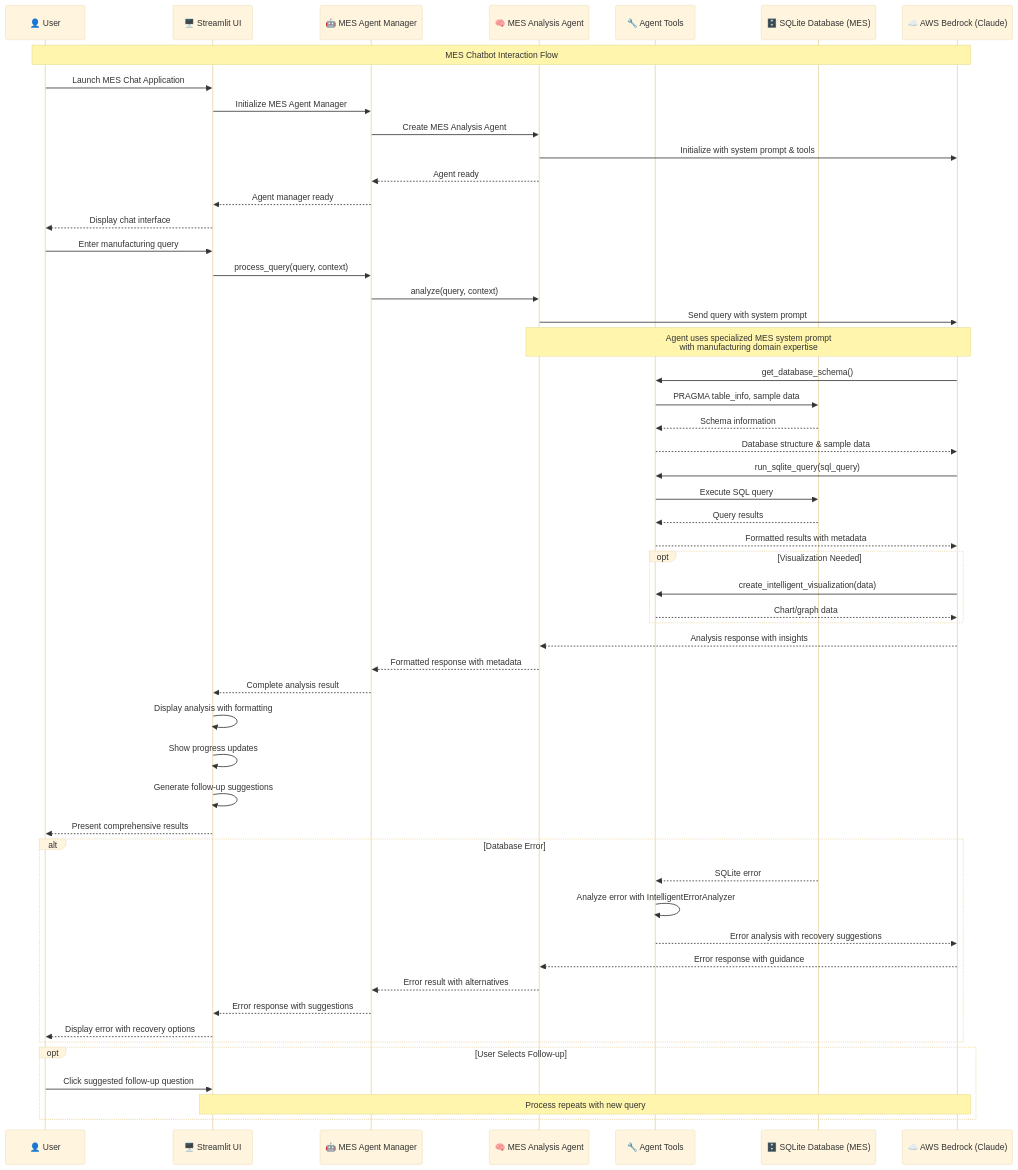
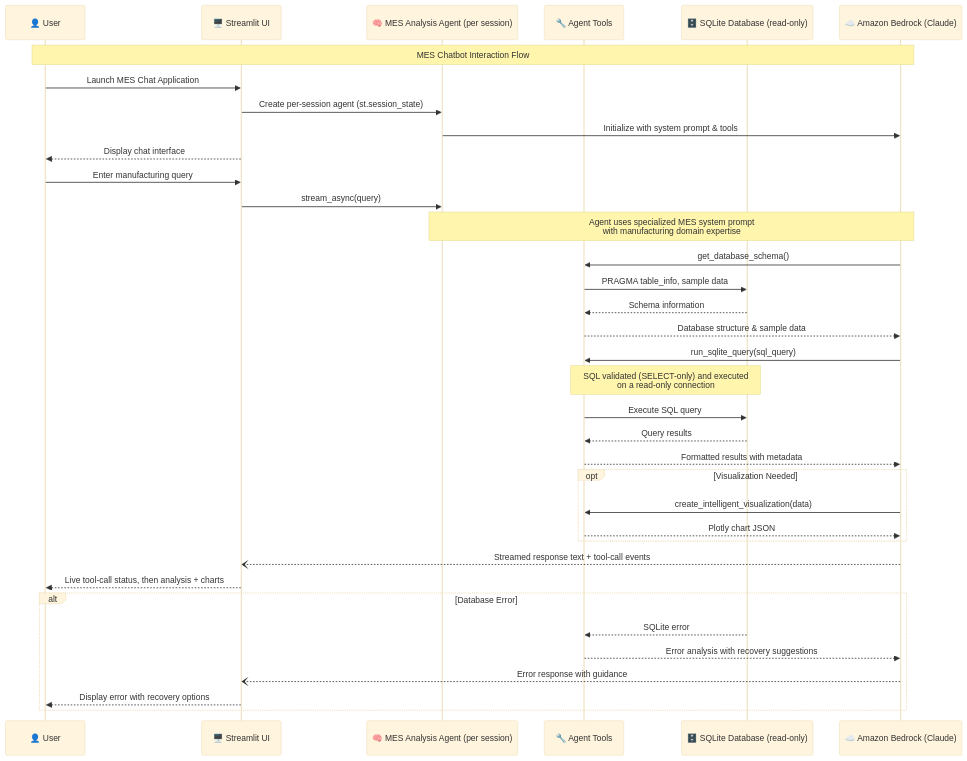
The diagram in README.md (aws-samples/industrial-data-store-simulation-chatbot), drawn with Mermaid (base theme) before and after one commit. The commit also changed other lines of this file and 4 other files, not shown here.

````diff
--- a/README.md
+++ b/README.md
@@ -60,74 +57,51 @@
 ```mermaid
 sequenceDiagram
     participant User as 👤 User
     participant UI as 🖥️ Streamlit UI
-    participant Manager as 🤖 MES Agent Manager
-    participant Agent as 🧠 MES Analysis Agent
+    participant Agent as 🧠 MES Analysis Agent (per session)
     participant Tools as 🔧 Agent Tools
-    participant DB as 🗄️ SQLite Database (MES)
-    participant LLM as ☁️ AWS Bedrock (Claude)
+    participant DB as 🗄️ SQLite Database (read-only)
+    participant LLM as ☁️ Amazon Bedrock (Claude)
 
     Note over User, LLM: MES Chatbot Interaction Flow
 
     %% Initial Setup
     User->>UI: Launch MES Chat Application
-    UI->>Manager: Initialize MES Agent Manager
-    Manager->>Agent: Create MES Analysis Agent
+    UI->>Agent: Create per-session agent (st.session_state)
     Agent->>LLM: Initialize with system prompt & tools
-    Agent-->>Manager: Agent ready
-    Manager-->>UI: Agent manager ready
     UI-->>User: Display chat interface
 
-    %% User Query Processing
+    %% User Query Processing (streaming)
     User->>UI: Enter manufacturing query
-    UI->>Manager: process_query(query, context)
-    Manager->>Agent: analyze(query, context)
-    
-    %% Agent Analysis Process
-    Agent->>LLM: Send query with system prompt
-    
+    UI->>Agent: stream_async(query)
+
     Note over Agent, LLM: Agent uses specialized MES system prompt<br/>with manufacturing domain expertise
-    
+
     LLM->>Tools: get_database_schema()
     Tools->>DB: PRAGMA table_info, sample data
     DB-->>Tools: Schema information
     Tools-->>LLM: Database structure & sample data
-    
+
     LLM->>Tools: run_sqlite_query(sql_query)
+    Note over Tools, DB: SQL validated (SELECT-only) and executed<br/>on a read-only connection
     Tools->>DB: Execute SQL query
     DB-->>Tools: Query results
     Tools-->>LLM: Formatted results with metadata
-    
+
     opt Visualization Needed
         LLM->>Tools: create_intelligent_visualization(data)
-        Tools-->>LLM: Chart/graph data
+        Tools-->>LLM: Plotly chart JSON
     end
-    
-    LLM-->>Agent: Analysis response with insights
-    Agent-->>Manager: Formatted response with metadata
-    Manager-->>UI: Complete analysis result
-    
-    %% UI Display
-    UI->>UI: Display analysis with formatting
-    UI->>UI: Show progress updates
-    UI->>UI: Generate follow-up suggestions
-    UI-->>User: Present comprehensive results
+
+    LLM--)UI: Streamed response text + tool-call events
+    UI-->>User: Live tool-call status, then analysis + charts
 
     %% Error Handling Flow
     alt Database Error
         DB-->>Tools: SQLite error
-        Tools->>Tools: Analyze error with IntelligentErrorAnalyzer
         Tools-->>LLM: Error analysis with recovery suggestions
-        LLM-->>Agent: Error response with guidance
-        Agent-->>Manager: Error result with alternatives
-        Manager-->>UI: Error response with suggestions
+        LLM--)UI: Error response with guidance
         UI-->>User: Display error with recovery options
     end
 
-    %% Follow-up Interaction
-    opt User Selects Follow-up
-        User->>UI: Click suggested follow-up question
-        Note over UI, LLM: Process repeats with new query
-    end
-
 ```
````
